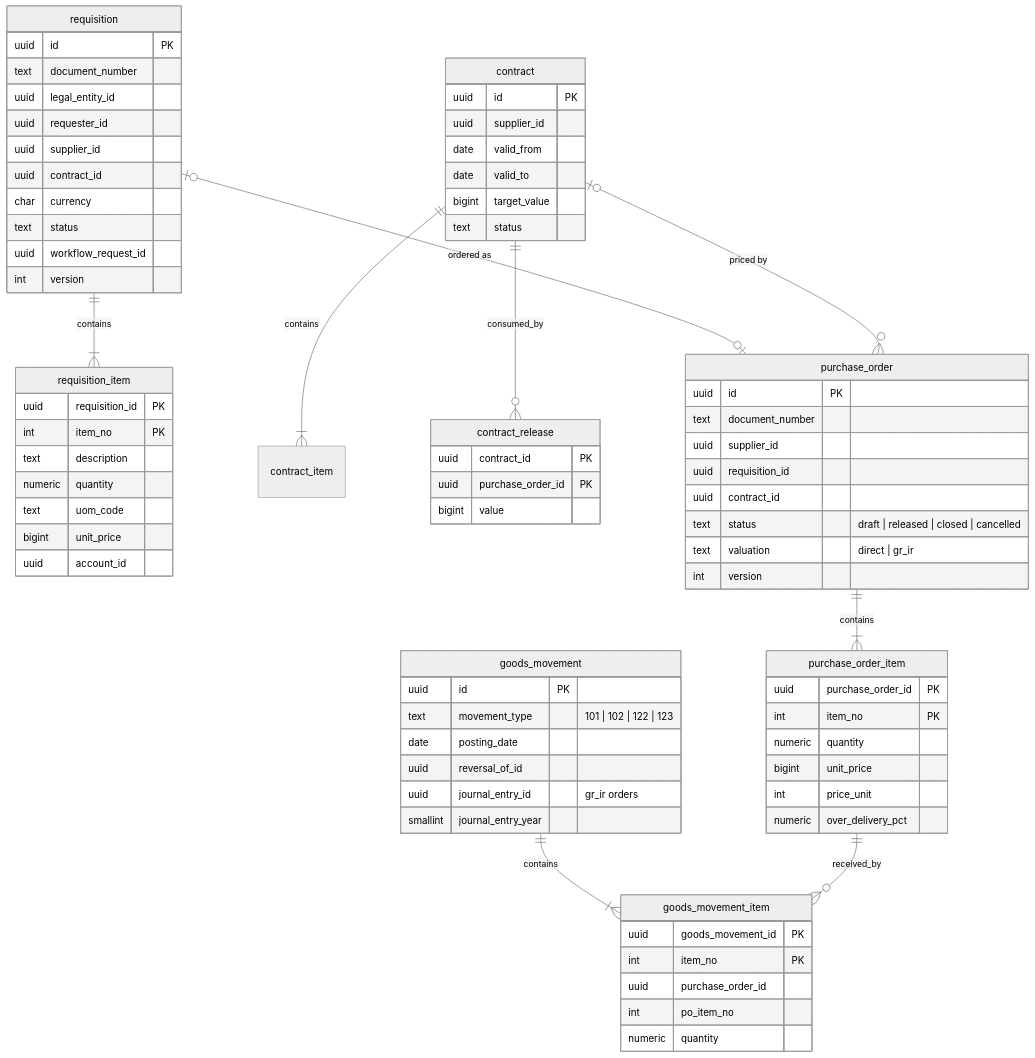
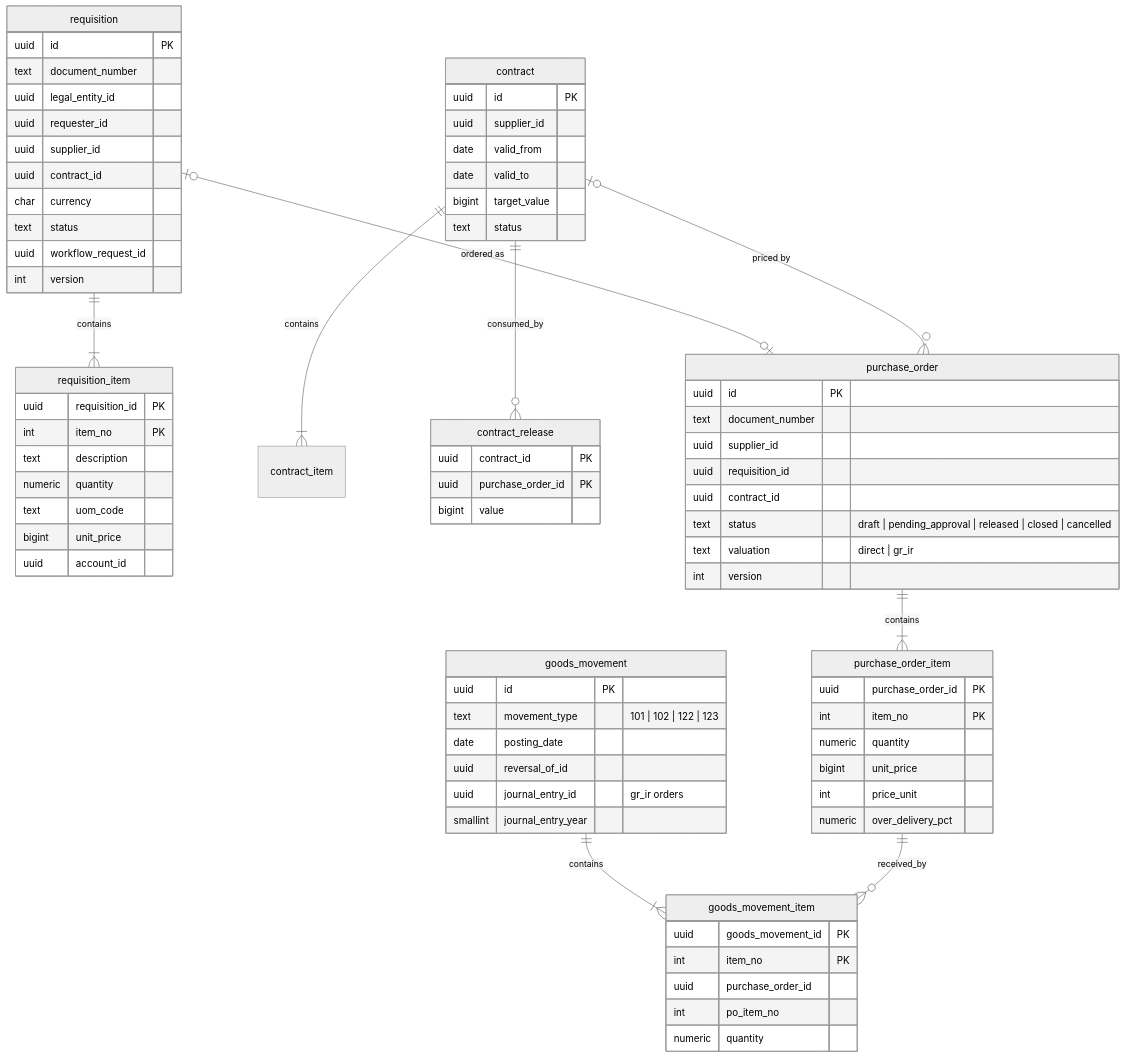
One commit to mustie7iy/agentic-erp changed the sixth of 9 diagrams in docs/design/03-data-model.md. Above: the diagram before and after it, drawn with Mermaid (neutral theme). The commit also changed other lines of this file and 20 other files, not shown here.

````diff
--- a/docs/design/03-data-model.md
+++ b/docs/design/03-data-model.md
@@ -682,62 +682,62 @@
 ```mermaid
 erDiagram
   requisition ||--|{ requisition_item : contains
   contract ||--|{ contract_item : contains
   contract ||--o{ contract_release : consumed_by
   purchase_order ||--|{ purchase_order_item : contains
   requisition |o--o| purchase_order : "ordered as"
   contract |o--o{ purchase_order : "priced by"
   goods_movement ||--|{ goods_movement_item : contains
   purchase_order_item ||--o{ goods_movement_item : received_by
   requisition { uuid id PK
     text document_number
     uuid legal_entity_id
     uuid requester_id
     uuid supplier_id
     uuid contract_id
     char currency
     text status
     uuid workflow_request_id
     int version }
   requisition_item { uuid requisition_id PK
     int item_no PK
     text description
     numeric quantity
     text uom_code
     bigint unit_price
     uuid account_id }
   contract { uuid id PK
     uuid supplier_id
     date valid_from
     date valid_to
     bigint target_value
     text status }
   contract_release { uuid contract_id PK
     uuid purchase_order_id PK
     bigint value }
   purchase_order { uuid id PK
     text document_number
     uuid supplier_id
     uuid requisition_id
     uuid contract_id
-    text status "draft | released | closed | cancelled"
+    text status "draft | pending_approval | released | closed | cancelled"
     text valuation "direct | gr_ir"
     int version }
   purchase_order_item { uuid purchase_order_id PK
     int item_no PK
     numeric quantity
     bigint unit_price
     int price_unit
     numeric over_delivery_pct }
   goods_movement { uuid id PK
     text movement_type "101 | 102 | 122 | 123"
     date posting_date
     uuid reversal_of_id
     uuid journal_entry_id "gr_ir orders"
     smallint journal_entry_year }
   goods_movement_item { uuid goods_movement_id PK
     int item_no PK
     uuid purchase_order_id
     int po_item_no
     numeric quantity }
 ```
````
